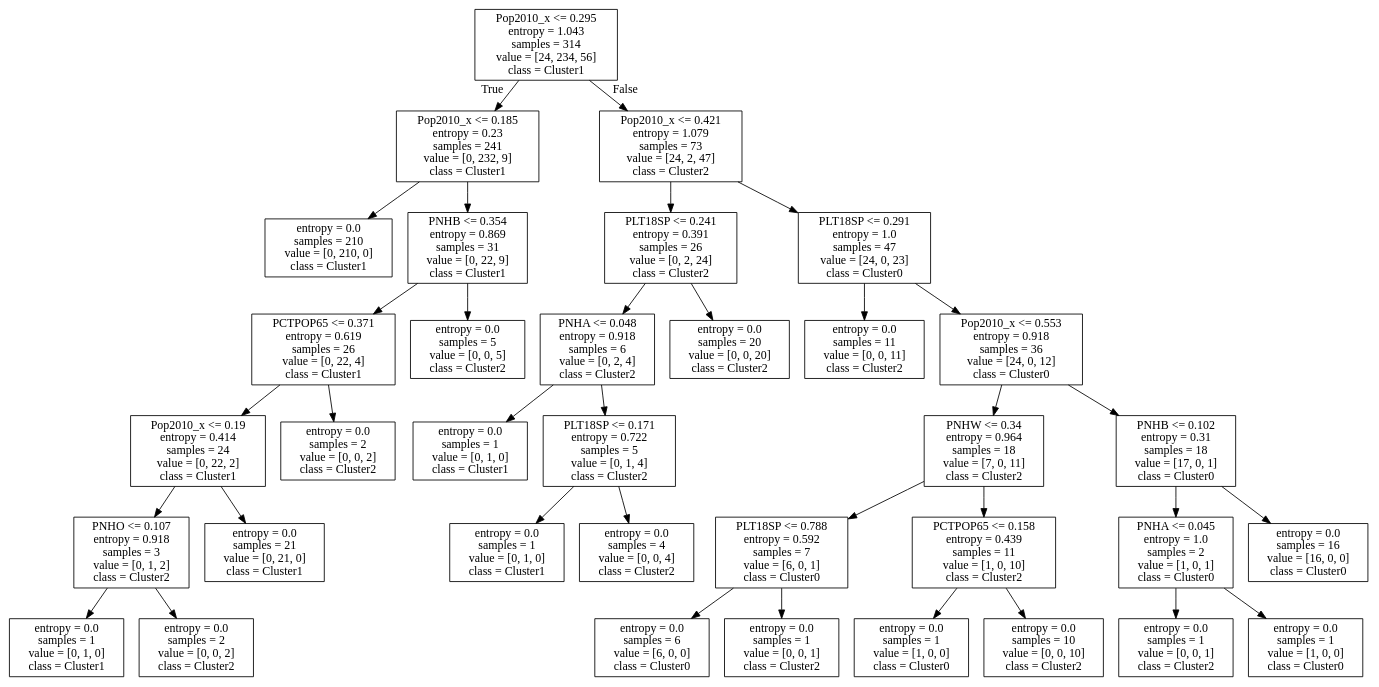
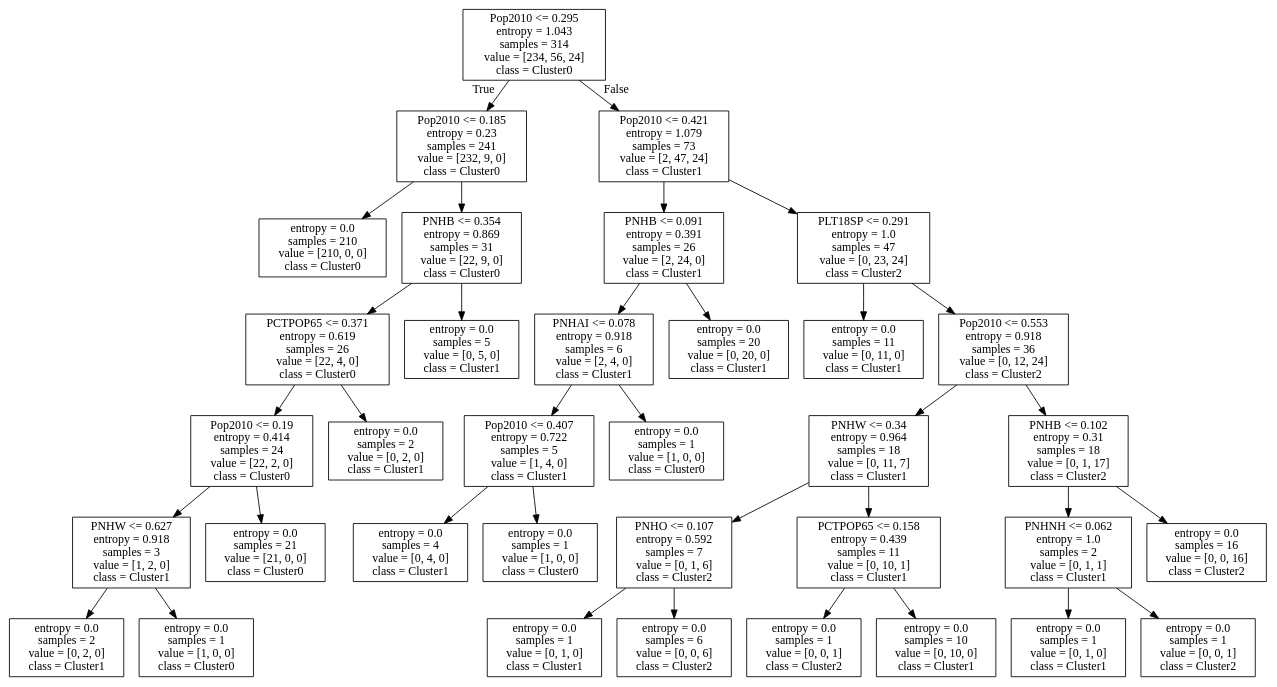
The diagram in tree_entropy.dot (arunkulkarni95/COSC467_FinalProject), drawn with Graphviz before and after one commit. The commit also changed 14 other files, not shown here.

```diff
--- a/tree_entropy.dot
+++ b/tree_entropy.dot
@@ -1,72 +1,72 @@
 digraph Tree {
 node [shape=box] ;
-0 [label="Pop2010_x <= 0.295\nentropy = 1.043\nsamples = 314\nvalue = [24, 234, 56]\nclass = Cluster1"] ;
-1 [label="Pop2010_x <= 0.185\nentropy = 0.23\nsamples = 241\nvalue = [0, 232, 9]\nclass = Cluster1"] ;
+0 [label="Pop2010 <= 0.295\nentropy = 1.043\nsamples = 314\nvalue = [234, 56, 24]\nclass = Cluster0"] ;
+1 [label="Pop2010 <= 0.185\nentropy = 0.23\nsamples = 241\nvalue = [232, 9, 0]\nclass = Cluster0"] ;
 0 -> 1 [labeldistance=2.5, labelangle=45, headlabel="True"] ;
-2 [label="entropy = 0.0\nsamples = 210\nvalue = [0, 210, 0]\nclass = Cluster1"] ;
+2 [label="entropy = 0.0\nsamples = 210\nvalue = [210, 0, 0]\nclass = Cluster0"] ;
 1 -> 2 ;
-3 [label="PNHB <= 0.354\nentropy = 0.869\nsamples = 31\nvalue = [0, 22, 9]\nclass = Cluster1"] ;
+3 [label="PNHB <= 0.354\nentropy = 0.869\nsamples = 31\nvalue = [22, 9, 0]\nclass = Cluster0"] ;
 1 -> 3 ;
-4 [label="PCTPOP65 <= 0.371\nentropy = 0.619\nsamples = 26\nvalue = [0, 22, 4]\nclass = Cluster1"] ;
+4 [label="PCTPOP65 <= 0.371\nentropy = 0.619\nsamples = 26\nvalue = [22, 4, 0]\nclass = Cluster0"] ;
 3 -> 4 ;
-5 [label="Pop2010_x <= 0.19\nentropy = 0.414\nsamples = 24\nvalue = [0, 22, 2]\nclass = Cluster1"] ;
+5 [label="Pop2010 <= 0.19\nentropy = 0.414\nsamples = 24\nvalue = [22, 2, 0]\nclass = Cluster0"] ;
 4 -> 5 ;
-6 [label="PNHO <= 0.107\nentropy = 0.918\nsamples = 3\nvalue = [0, 1, 2]\nclass = Cluster2"] ;
+6 [label="PNHW <= 0.627\nentropy = 0.918\nsamples = 3\nvalue = [1, 2, 0]\nclass = Cluster1"] ;
 5 -> 6 ;
-7 [label="entropy = 0.0\nsamples = 1\nvalue = [0, 1, 0]\nclass = Cluster1"] ;
+7 [label="entropy = 0.0\nsamples = 2\nvalue = [0, 2, 0]\nclass = Cluster1"] ;
 6 -> 7 ;
-8 [label="entropy = 0.0\nsamples = 2\nvalue = [0, 0, 2]\nclass = Cluster2"] ;
+8 [label="entropy = 0.0\nsamples = 1\nvalue = [1, 0, 0]\nclass = Cluster0"] ;
 6 -> 8 ;
-9 [label="entropy = 0.0\nsamples = 21\nvalue = [0, 21, 0]\nclass = Cluster1"] ;
+9 [label="entropy = 0.0\nsamples = 21\nvalue = [21, 0, 0]\nclass = Cluster0"] ;
 5 -> 9 ;
-10 [label="entropy = 0.0\nsamples = 2\nvalue = [0, 0, 2]\nclass = Cluster2"] ;
+10 [label="entropy = 0.0\nsamples = 2\nvalue = [0, 2, 0]\nclass = Cluster1"] ;
 4 -> 10 ;
-11 [label="entropy = 0.0\nsamples = 5\nvalue = [0, 0, 5]\nclass = Cluster2"] ;
+11 [label="entropy = 0.0\nsamples = 5\nvalue = [0, 5, 0]\nclass = Cluster1"] ;
 3 -> 11 ;
-12 [label="Pop2010_x <= 0.421\nentropy = 1.079\nsamples = 73\nvalue = [24, 2, 47]\nclass = Cluster2"] ;
+12 [label="Pop2010 <= 0.421\nentropy = 1.079\nsamples = 73\nvalue = [2, 47, 24]\nclass = Cluster1"] ;
 0 -> 12 [labeldistance=2.5, labelangle=-45, headlabel="False"] ;
-13 [label="PLT18SP <= 0.241\nentropy = 0.391\nsamples = 26\nvalue = [0, 2, 24]\nclass = Cluster2"] ;
+13 [label="PNHB <= 0.091\nentropy = 0.391\nsamples = 26\nvalue = [2, 24, 0]\nclass = Cluster1"] ;
 12 -> 13 ;
-14 [label="PNHA <= 0.048\nentropy = 0.918\nsamples = 6\nvalue = [0, 2, 4]\nclass = Cluster2"] ;
+14 [label="PNHAI <= 0.078\nentropy = 0.918\nsamples = 6\nvalue = [2, 4, 0]\nclass = Cluster1"] ;
 13 -> 14 ;
-15 [label="entropy = 0.0\nsamples = 1\nvalue = [0, 1, 0]\nclass = Cluster1"] ;
+15 [label="Pop2010 <= 0.407\nentropy = 0.722\nsamples = 5\nvalue = [1, 4, 0]\nclass = Cluster1"] ;
 14 -> 15 ;
-16 [label="PLT18SP <= 0.171\nentropy = 0.722\nsamples = 5\nvalue = [0, 1, 4]\nclass = Cluster2"] ;
-14 -> 16 ;
-17 [label="entropy = 0.0\nsamples = 1\nvalue = [0, 1, 0]\nclass = Cluster1"] ;
-16 -> 17 ;
-18 [label="entropy = 0.0\nsamples = 4\nvalue = [0, 0, 4]\nclass = Cluster2"] ;
-16 -> 18 ;
-19 [label="entropy = 0.0\nsamples = 20\nvalue = [0, 0, 20]\nclass = Cluster2"] ;
+16 [label="entropy = 0.0\nsamples = 4\nvalue = [0, 4, 0]\nclass = Cluster1"] ;
+15 -> 16 ;
+17 [label="entropy = 0.0\nsamples = 1\nvalue = [1, 0, 0]\nclass = Cluster0"] ;
+15 -> 17 ;
+18 [label="entropy = 0.0\nsamples = 1\nvalue = [1, 0, 0]\nclass = Cluster0"] ;
+14 -> 18 ;
+19 [label="entropy = 0.0\nsamples = 20\nvalue = [0, 20, 0]\nclass = Cluster1"] ;
 13 -> 19 ;
-20 [label="PLT18SP <= 0.291\nentropy = 1.0\nsamples = 47\nvalue = [24, 0, 23]\nclass = Cluster0"] ;
+20 [label="PLT18SP <= 0.291\nentropy = 1.0\nsamples = 47\nvalue = [0, 23, 24]\nclass = Cluster2"] ;
 12 -> 20 ;
-21 [label="entropy = 0.0\nsamples = 11\nvalue = [0, 0, 11]\nclass = Cluster2"] ;
+21 [label="entropy = 0.0\nsamples = 11\nvalue = [0, 11, 0]\nclass = Cluster1"] ;
 20 -> 21 ;
-22 [label="Pop2010_x <= 0.553\nentropy = 0.918\nsamples = 36\nvalue = [24, 0, 12]\nclass = Cluster0"] ;
+22 [label="Pop2010 <= 0.553\nentropy = 0.918\nsamples = 36\nvalue = [0, 12, 24]\nclass = Cluster2"] ;
 20 -> 22 ;
-23 [label="PNHW <= 0.34\nentropy = 0.964\nsamples = 18\nvalue = [7, 0, 11]\nclass = Cluster2"] ;
+23 [label="PNHW <= 0.34\nentropy = 0.964\nsamples = 18\nvalue = [0, 11, 7]\nclass = Cluster1"] ;
 22 -> 23 ;
-24 [label="PLT18SP <= 0.788\nentropy = 0.592\nsamples = 7\nvalue = [6, 0, 1]\nclass = Cluster0"] ;
+24 [label="PNHO <= 0.107\nentropy = 0.592\nsamples = 7\nvalue = [0, 1, 6]\nclass = Cluster2"] ;
 23 -> 24 ;
-25 [label="entropy = 0.0\nsamples = 6\nvalue = [6, 0, 0]\nclass = Cluster0"] ;
+25 [label="entropy = 0.0\nsamples = 1\nvalue = [0, 1, 0]\nclass = Cluster1"] ;
 24 -> 25 ;
-26 [label="entropy = 0.0\nsamples = 1\nvalue = [0, 0, 1]\nclass = Cluster2"] ;
+26 [label="entropy = 0.0\nsamples = 6\nvalue = [0, 0, 6]\nclass = Cluster2"] ;
 24 -> 26 ;
-27 [label="PCTPOP65 <= 0.158\nentropy = 0.439\nsamples = 11\nvalue = [1, 0, 10]\nclass = Cluster2"] ;
+27 [label="PCTPOP65 <= 0.158\nentropy = 0.439\nsamples = 11\nvalue = [0, 10, 1]\nclass = Cluster1"] ;
 23 -> 27 ;
-28 [label="entropy = 0.0\nsamples = 1\nvalue = [1, 0, 0]\nclass = Cluster0"] ;
+28 [label="entropy = 0.0\nsamples = 1\nvalue = [0, 0, 1]\nclass = Cluster2"] ;
 27 -> 28 ;
-29 [label="entropy = 0.0\nsamples = 10\nvalue = [0, 0, 10]\nclass = Cluster2"] ;
+29 [label="entropy = 0.0\nsamples = 10\nvalue = [0, 10, 0]\nclass = Cluster1"] ;
 27 -> 29 ;
-30 [label="PNHB <= 0.102\nentropy = 0.31\nsamples = 18\nvalue = [17, 0, 1]\nclass = Cluster0"] ;
+30 [label="PNHB <= 0.102\nentropy = 0.31\nsamples = 18\nvalue = [0, 1, 17]\nclass = Cluster2"] ;
 22 -> 30 ;
-31 [label="PNHA <= 0.045\nentropy = 1.0\nsamples = 2\nvalue = [1, 0, 1]\nclass = Cluster0"] ;
+31 [label="PNHNH <= 0.062\nentropy = 1.0\nsamples = 2\nvalue = [0, 1, 1]\nclass = Cluster1"] ;
 30 -> 31 ;
-32 [label="entropy = 0.0\nsamples = 1\nvalue = [0, 0, 1]\nclass = Cluster2"] ;
+32 [label="entropy = 0.0\nsamples = 1\nvalue = [0, 1, 0]\nclass = Cluster1"] ;
 31 -> 32 ;
-33 [label="entropy = 0.0\nsamples = 1\nvalue = [1, 0, 0]\nclass = Cluster0"] ;
+33 [label="entropy = 0.0\nsamples = 1\nvalue = [0, 0, 1]\nclass = Cluster2"] ;
 31 -> 33 ;
-34 [label="entropy = 0.0\nsamples = 16\nvalue = [16, 0, 0]\nclass = Cluster0"] ;
+34 [label="entropy = 0.0\nsamples = 16\nvalue = [0, 0, 16]\nclass = Cluster2"] ;
 30 -> 34 ;
 }
```
